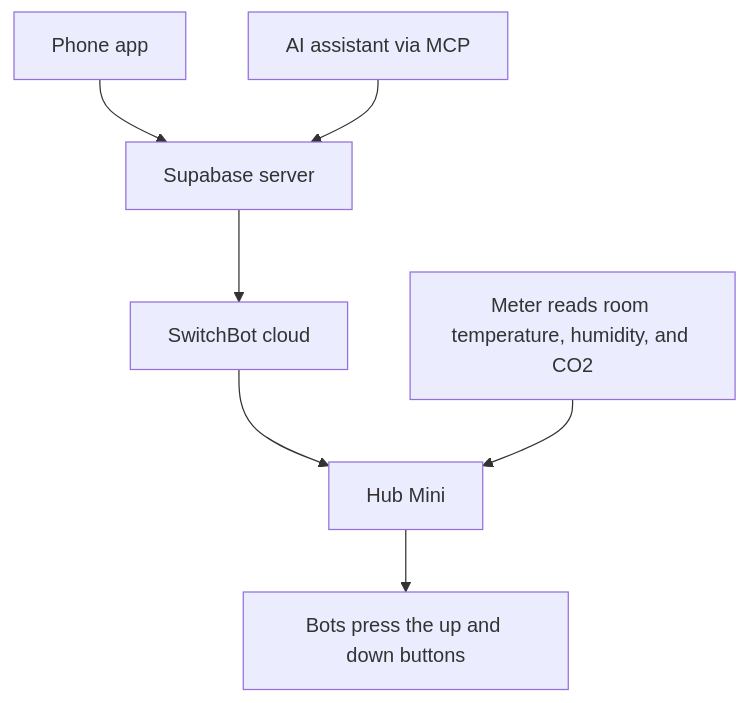
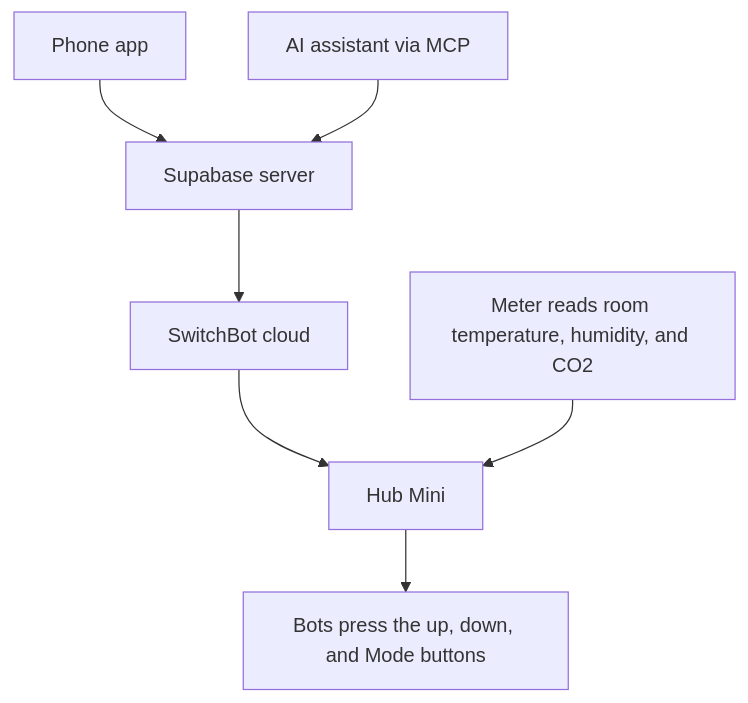
The diagram in README.md (sixtusijoma/setpoint), drawn with Mermaid before and after one commit. The commit also changed other lines of this file and 9 other files, not shown here.

````diff
--- a/README.md
+++ b/README.md
@@ -24,9 +27,9 @@
 ```mermaid
 flowchart TD
   App[Phone app] --> Server[Supabase server]
   MCP[AI assistant via MCP] --> Server
   Server --> Cloud[SwitchBot cloud]
   Cloud --> Hub[Hub Mini]
-  Hub --> Bots[Bots press the up and down buttons]
+  Hub --> Bots[Bots press the up, down, and Mode buttons]
   Meter[Meter reads room temperature, humidity, and CO2] --> Hub
 ```
````
